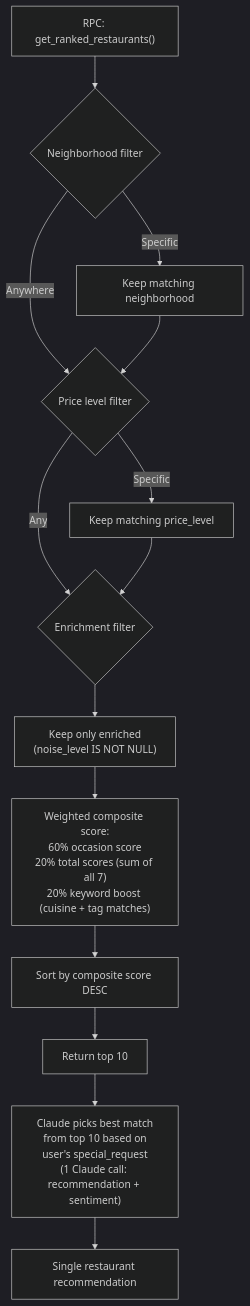
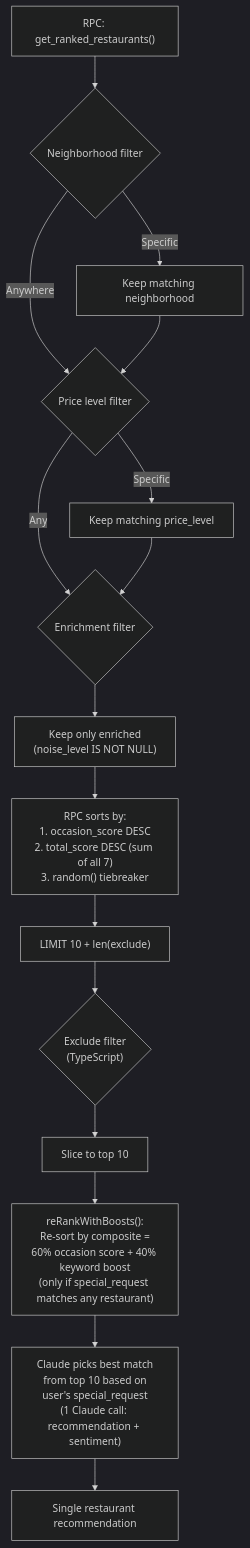
One commit to aacrit/dondeBackend changed the seventh of 9 diagrams in docs/system-architecture.md. Above: the diagram before and after it, drawn with Mermaid (dark theme). The commit also changed other lines of this file and 3 other files, not shown here.

First line of the commit message:
Update all docs with missing context: exclude param, reRankWithBoosts, ranking algorithm, enrichment changes

````diff
--- a/docs/system-architecture.md
+++ b/docs/system-architecture.md
@@ -278,16 +283,18 @@
 ```mermaid
 flowchart TD
     ALL["RPC: get_ranked_restaurants()"] --> F1{Neighborhood filter}
     F1 -->|"Anywhere"| F2
     F1 -->|"Specific"| FILT1[Keep matching neighborhood] --> F2
     F2{Price level filter}
     F2 -->|"Any"| F3
     F2 -->|"Specific"| FILT2[Keep matching price_level] --> F3
     F3{Enrichment filter}
     F3 --> FILT3["Keep only enriched<br/>(noise_level IS NOT NULL)"]
-    FILT3 --> COMPOSITE["Weighted composite score:<br/>60% occasion score<br/>20% total scores (sum of all 7)<br/>20% keyword boost (cuisine + tag matches)"]
-    COMPOSITE --> SORT["Sort by composite score DESC"]
-    SORT --> TOP10[Return top 10]
-    TOP10 --> CLAUDE_PICK["Claude picks best match<br/>from top 10 based on<br/>user's special_request<br/>(1 Claude call: recommendation + sentiment)"]
+    FILT3 --> RPC_SORT["RPC sorts by:<br/>1. occasion_score DESC<br/>2. total_score DESC (sum of all 7)<br/>3. random() tiebreaker"]
+    RPC_SORT --> RPC_LIMIT["LIMIT 10 + len(exclude)"]
+    RPC_LIMIT --> EXCLUDE{"Exclude filter<br/>(TypeScript)"}
+    EXCLUDE --> SLICE["Slice to top 10"]
+    SLICE --> RERANK["reRankWithBoosts():<br/>Re-sort by composite =<br/>60% occasion score + 40% keyword boost<br/>(only if special_request matches any restaurant)"]
+    RERANK --> CLAUDE_PICK["Claude picks best match<br/>from top 10 based on<br/>user's special_request<br/>(1 Claude call: recommendation + sentiment)"]
     CLAUDE_PICK --> WINNER[Single restaurant recommendation]
 ```
````
